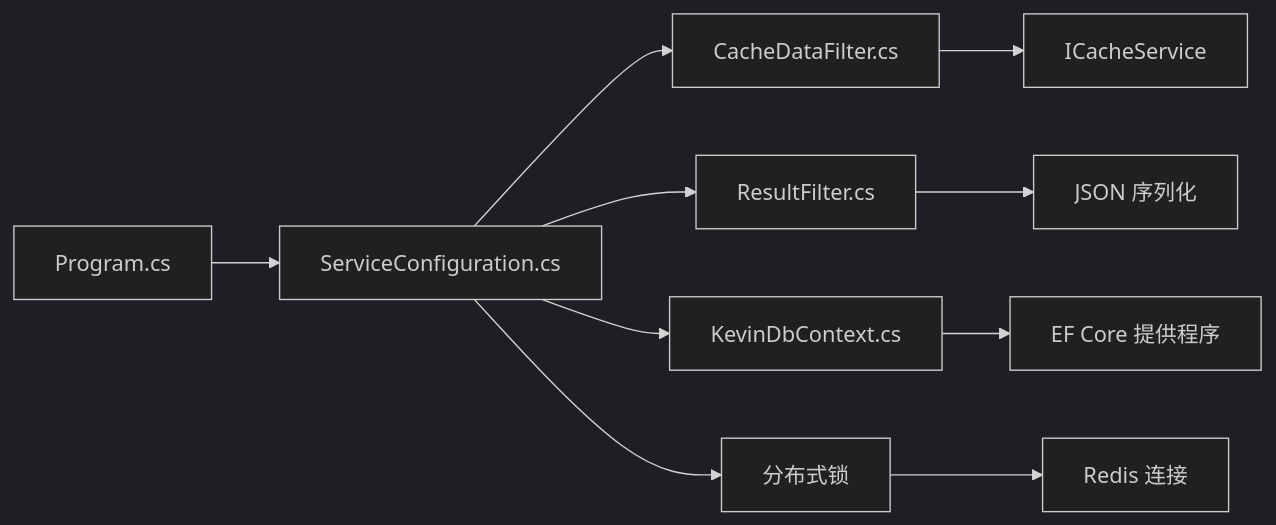
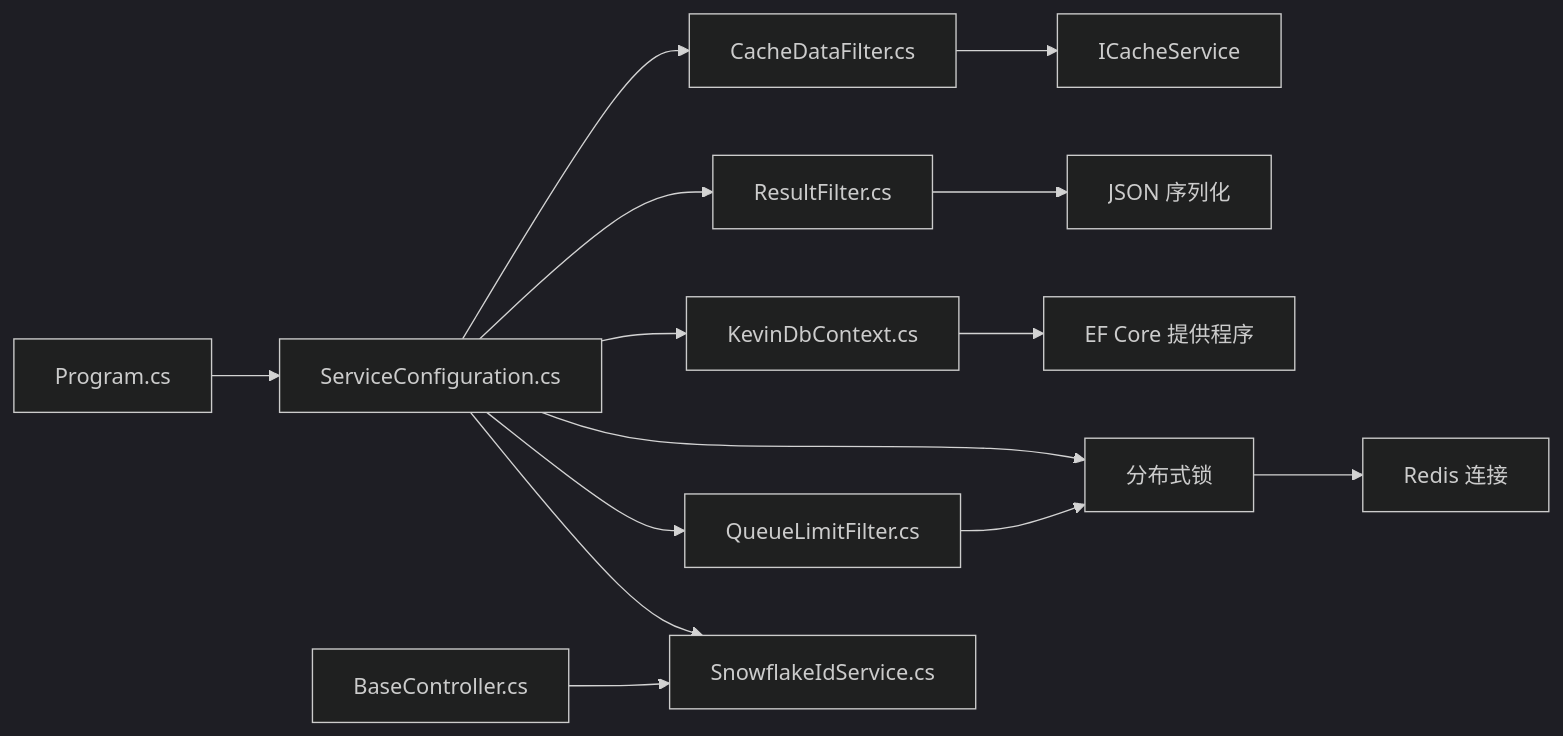
Before and after one commit to junkai-li/NetCoreKevin: the tenth of 10 diagrams in .qoder/repowiki/zh/content/部署运维/性能优化.md, drawn with Mermaid (dark theme). The commit also changed other lines of this file and 45 other files, not shown here.

````diff
--- a/.qoder/repowiki/zh/content/部署运维/性能优化.md
+++ b/.qoder/repowiki/zh/content/部署运维/性能优化.md
@@ -362,12 +490,16 @@
 ```mermaid
 graph LR
 P["Program.cs"] --> SC["ServiceConfiguration.cs"]
 SC --> CF["CacheDataFilter.cs"]
 SC --> RF["ResultFilter.cs"]
 SC --> KC["KevinDbContext.cs"]
 CF --> CSvc["ICacheService"]
 RF --> Json["JSON 序列化"]
 KC --> EF["EF Core 提供程序"]
 SC --> DL["分布式锁"]
 DL --> Redis["Redis 连接"]
+SC --> QLF["QueueLimitFilter.cs"]
+QLF --> DL
+SC --> SIS["SnowflakeIdService.cs"]
+BC["BaseController.cs"] --> SIS
 ```
````
